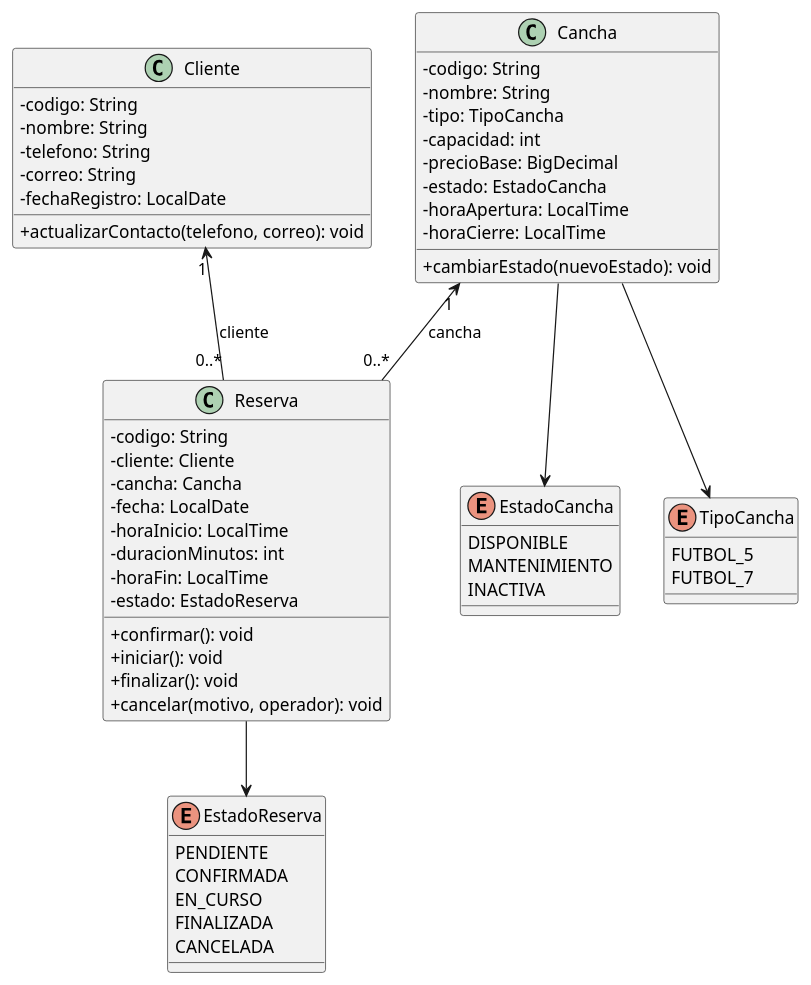
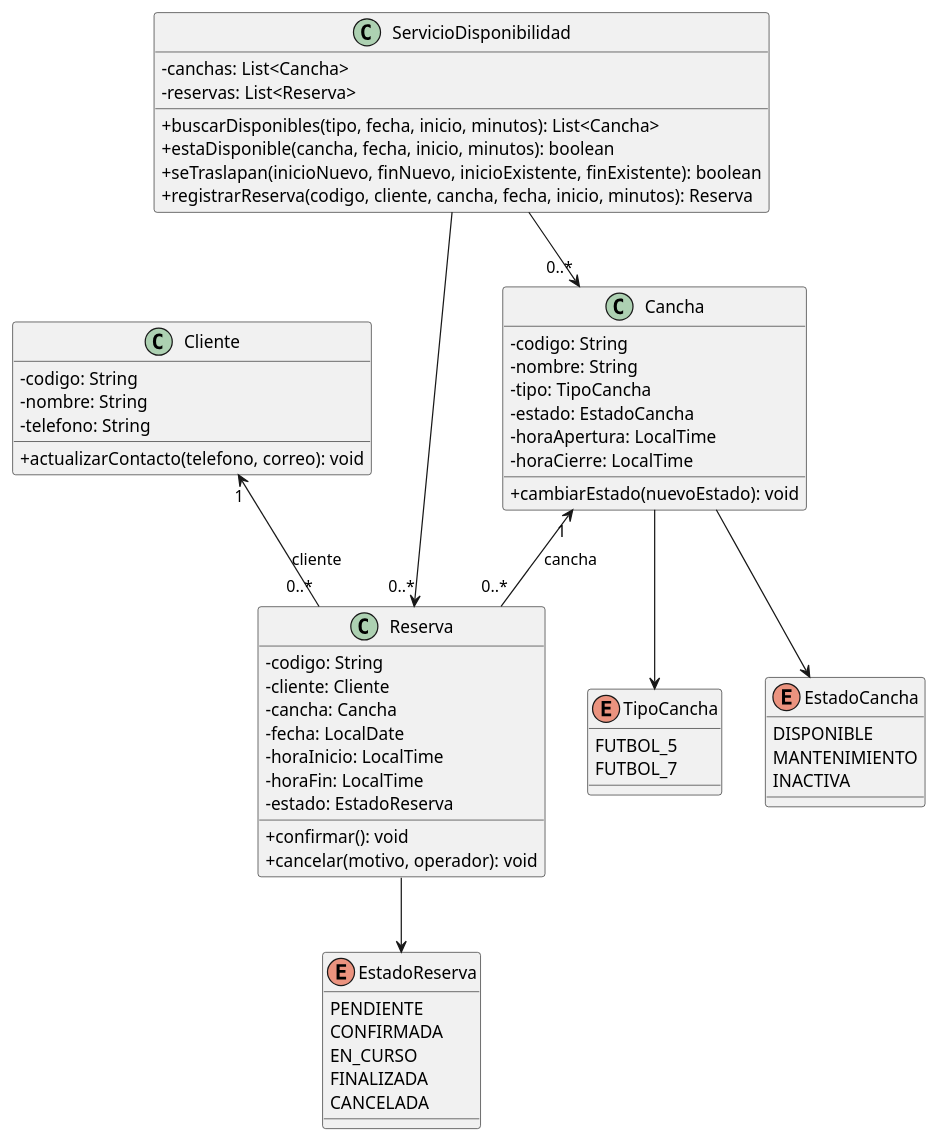
One commit to CacheJR/Proyecto-Programacion-II changed the diagram in diagrama_clases.puml. Above: the diagram before and after it, drawn with PlantUML. The commit also changed 4 other files, not shown here.

Commit message:
Avance 03: disponibilidad de canchas y pruebas de traslapes

```diff
--- a/diagrama_clases.puml
+++ b/diagrama_clases.puml
@@ -1,57 +1,60 @@
 @startuml
 skinparam classAttributeIconSize 0
 class Cliente {
   - codigo: String
   - nombre: String
   - telefono: String
-  - correo: String
-  - fechaRegistro: LocalDate
   + actualizarContacto(telefono, correo): void
 }
 class Cancha {
   - codigo: String
   - nombre: String
   - tipo: TipoCancha
-  - capacidad: int
-  - precioBase: BigDecimal
   - estado: EstadoCancha
   - horaApertura: LocalTime
   - horaCierre: LocalTime
   + cambiarEstado(nuevoEstado): void
 }
 class Reserva {
   - codigo: String
   - cliente: Cliente
   - cancha: Cancha
   - fecha: LocalDate
   - horaInicio: LocalTime
-  - duracionMinutos: int
   - horaFin: LocalTime
   - estado: EstadoReserva
   + confirmar(): void
-  + iniciar(): void
-  + finalizar(): void
   + cancelar(motivo, operador): void
 }
+class ServicioDisponibilidad {
+  - canchas: List<Cancha>
+  - reservas: List<Reserva>
+  + buscarDisponibles(tipo, fecha, inicio, minutos): List<Cancha>
+  + estaDisponible(cancha, fecha, inicio, minutos): boolean
+  + seTraslapan(inicioNuevo, finNuevo, inicioExistente, finExistente): boolean
+  + registrarReserva(codigo, cliente, cancha, fecha, inicio, minutos): Reserva
+}
 enum EstadoCancha {
-  DISPONIBLE
-  MANTENIMIENTO
-  INACTIVA
+ DISPONIBLE
+ MANTENIMIENTO
+ INACTIVA
 }
 enum EstadoReserva {
-  PENDIENTE
-  CONFIRMADA
-  EN_CURSO
-  FINALIZADA
-  CANCELADA
+ PENDIENTE
+ CONFIRMADA
+ EN_CURSO
+ FINALIZADA
+ CANCELADA
 }
 enum TipoCancha {
-  FUTBOL_5
-  FUTBOL_7
+ FUTBOL_5
+ FUTBOL_7
 }
 Cliente "1" <-- "0..*" Reserva : cliente
 Cancha "1" <-- "0..*" Reserva : cancha
 Cancha --> EstadoCancha
 Cancha --> TipoCancha
 Reserva --> EstadoReserva
+ServicioDisponibilidad --> "0..*" Cancha
+ServicioDisponibilidad --> "0..*" Reserva
 @enduml
```
